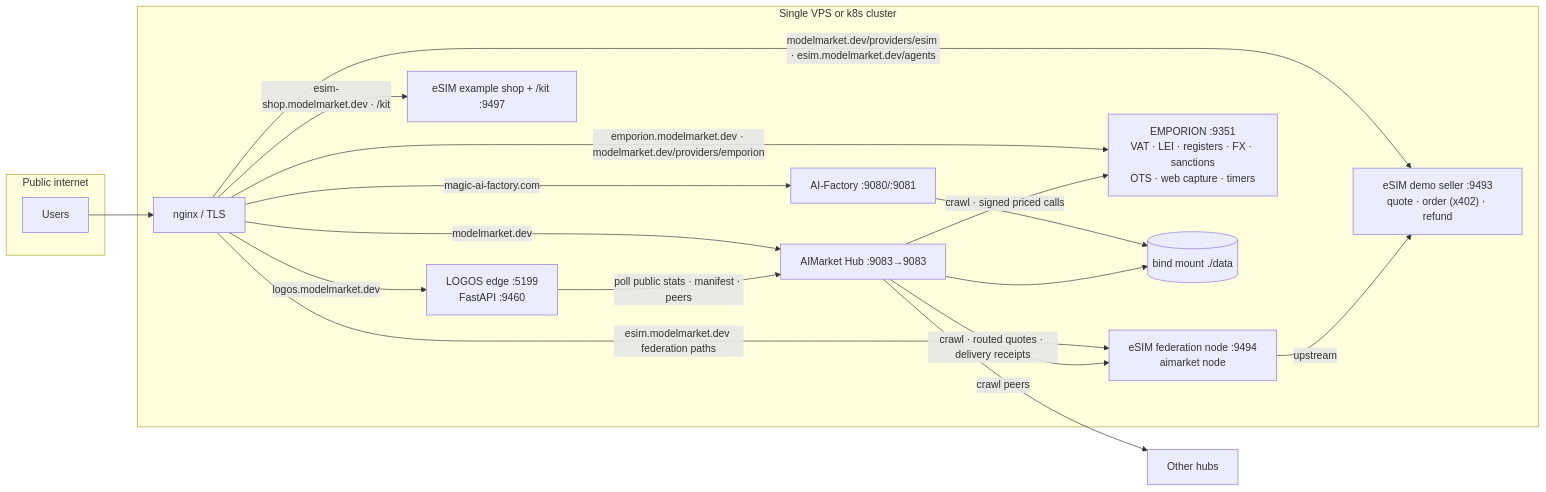
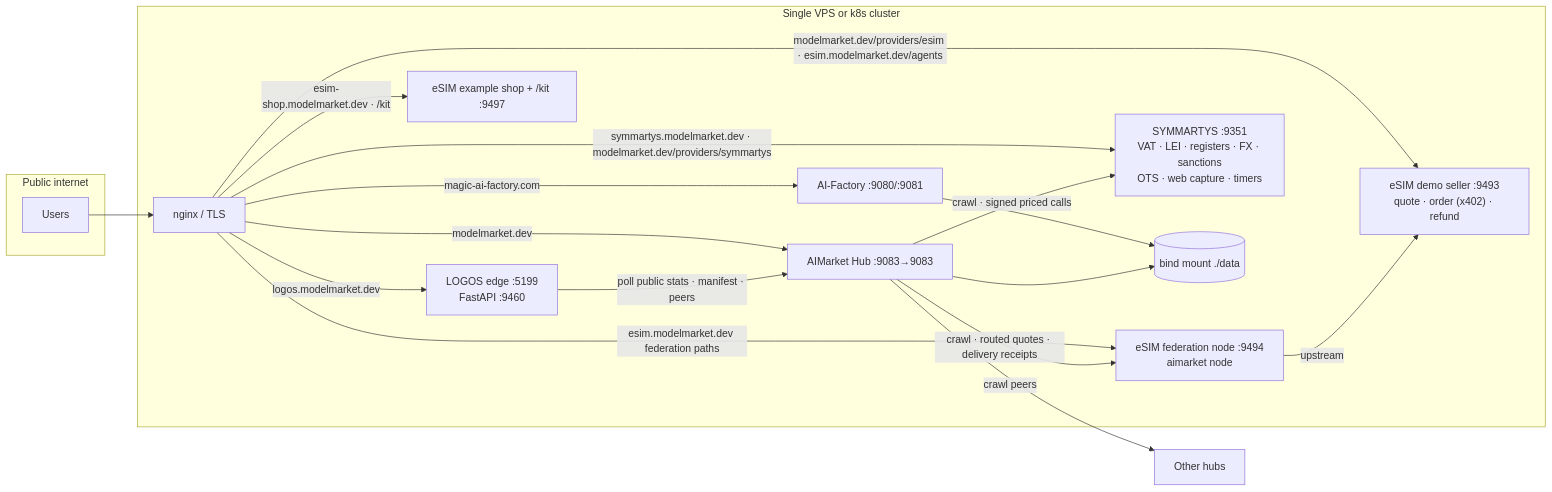
Before and after one commit to alexar76/aicom: the third of 6 diagrams in docs/ecosystem-architecture.md, drawn with Mermaid. The commit also changed other lines of this file and 3320 other files, not shown here.

````diff
--- a/docs/ecosystem-architecture.md
+++ b/docs/ecosystem-architecture.md
@@ -186,34 +186,34 @@
 ```mermaid
 flowchart LR
   subgraph internet["Public internet"]
     U["Users"]
   end
 
   subgraph host["Single VPS or k8s cluster"]
     NGINX["nginx / TLS"]
     FAC["AI-Factory :9080/:9081"]
     HUB["AIMarket Hub :9083→9083"]
     LOGOS["LOGOS edge :5199<br/>FastAPI :9460"]
     ESIMN["eSIM demo seller :9493<br/>quote · order (x402) · refund"]
     ESIMF["eSIM federation node :9494<br/>aimarket node"]
     ESIMS["eSIM example shop + /kit :9497"]
-    EMP["EMPORION :9351<br/>VAT · LEI · registers · FX · sanctions<br/>OTS · web capture · timers"]
+    SYM["SYMMARTYS :9351<br/>VAT · LEI · registers · FX · sanctions<br/>OTS · web capture · timers"]
     DATA[("bind mount ./data")]
   end
 
   U --> NGINX
   NGINX -->|"magic-ai-factory.com"| FAC
   NGINX -->|"modelmarket.dev"| HUB
   NGINX -->|"logos.modelmarket.dev"| LOGOS
   NGINX -->|"modelmarket.dev/providers/esim · esim.modelmarket.dev/agents"| ESIMN
   NGINX -->|"esim.modelmarket.dev federation paths"| ESIMF
   NGINX -->|"esim-shop.modelmarket.dev · /kit"| ESIMS
-  NGINX -->|"emporion.modelmarket.dev · modelmarket.dev/providers/emporion"| EMP
+  NGINX -->|"symmartys.modelmarket.dev · modelmarket.dev/providers/symmartys"| SYM
   ESIMF -->|"upstream"| ESIMN
   FAC --> DATA
   HUB --> DATA
   HUB -->|"crawl peers"| PEERS["Other hubs"]
   LOGOS -->|"poll public stats · manifest · peers"| HUB
   HUB -->|"crawl · routed quotes · delivery receipts"| ESIMF
-  HUB -->|"crawl · signed priced calls"| EMP
+  HUB -->|"crawl · signed priced calls"| SYM
 ```
````
